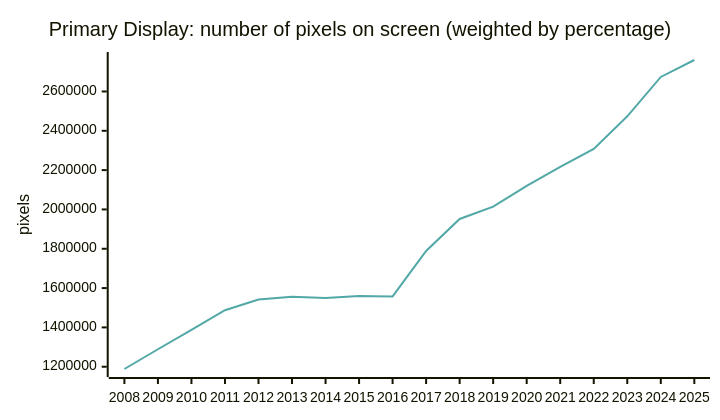
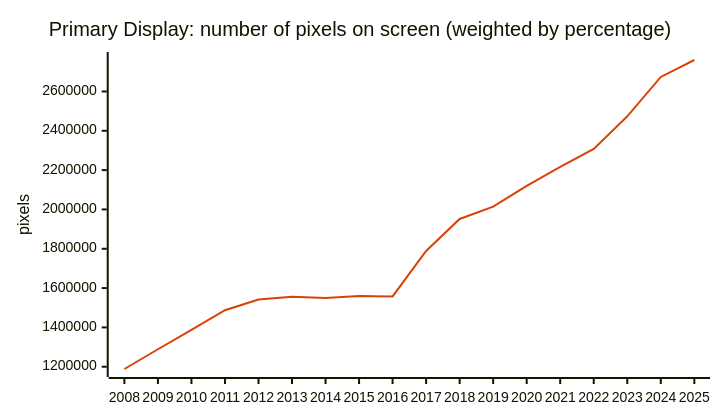
Before and after one commit to jdegene/steamHWsurvey: diagram 12 of 13 in README.md, drawn with Mermaid. The commit also changed other lines of this file and 1 other file, not shown here.

Commit message:
fixed aspect graph

````diff
--- a/README.md
+++ b/README.md
@@ -379,19 +379,19 @@
 ```mermaid
 ---
 config:
     xyChart:
         width: 700
         height: 400
         
     themeVariables:
         xyChart:
-            plotColorPalette: "#51a8a6"
+            plotColorPalette: "#DB4105"
 
 --- 
 
 xychart-beta
     title "Primary Display: number of pixels on screen (weighted by percentage)"
     x-axis [2008, 2009, 2010, 2011, 2012, 2013, 2014, 2015, 2016, 2017, 2018, 2019, 2020, 2021, 2022, 2023, 2024, 2025]
     y-axis "pixels" 
     line [1188430.8928, 1288926.3533333333, 1387816.4456, 1487587.5584, 1541658.4541874998, 1555539.6754714285, 1549496.4588272728, 1559351.2310333333, 1557359.9222666668, 1788536.702933333, 1951604.4634666666, 2014008.6962666668, 2119798.684, 2216151.314933333, 2307369.4647999997, 2473576.992, 2673738.5261333333, 2760045.62816]
 ``` 
````
